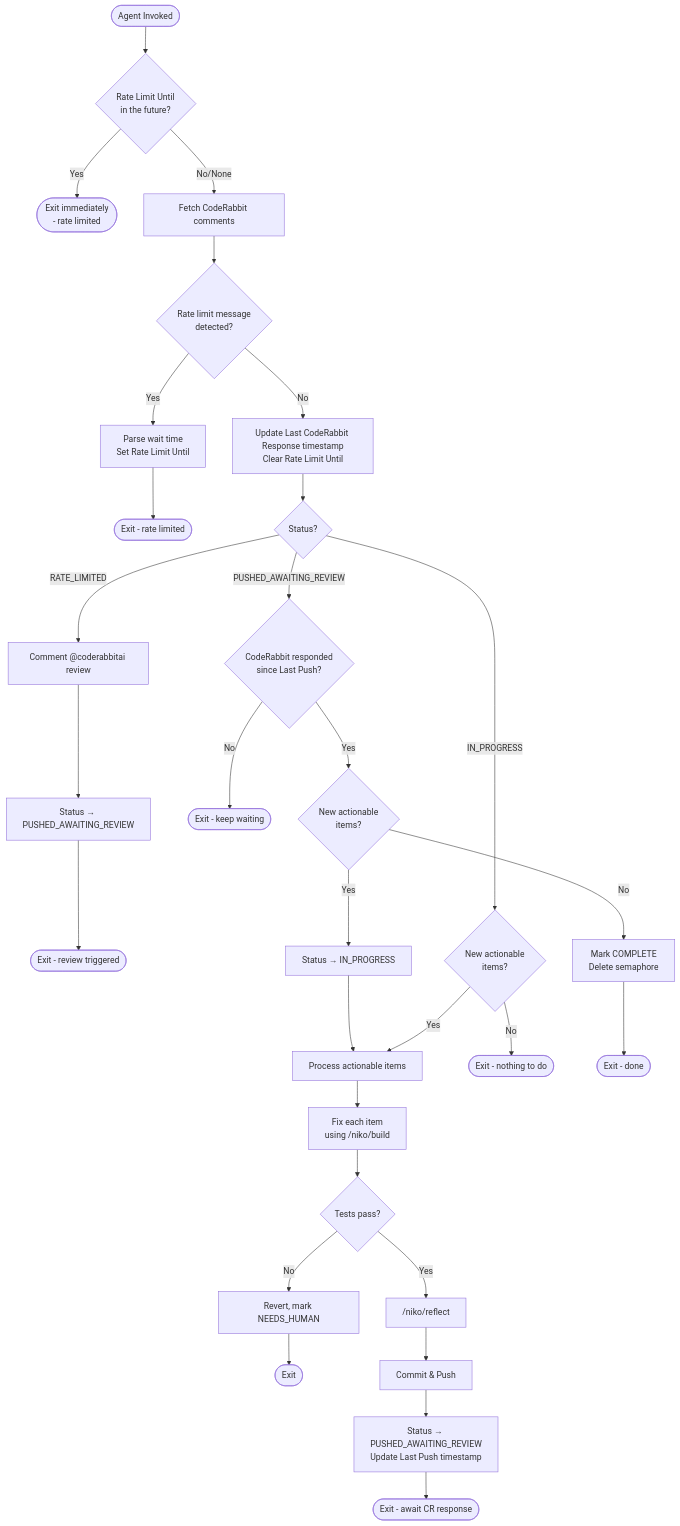
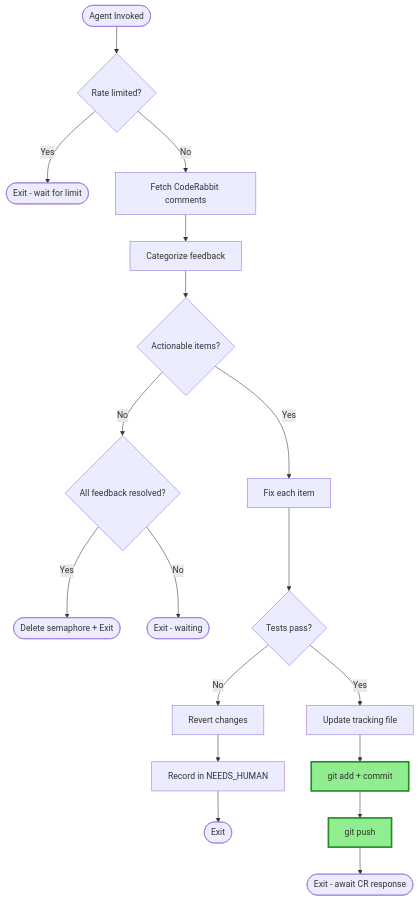
The diagram in .cursor/commands/wiggum-coderabbit-pr.md (Texarkanine/ai-rizz), drawn with Mermaid before and after one commit. The commit also changed other lines of this file, not shown here.

````diff
--- a/.cursor/commands/wiggum-coderabbit-pr.md
+++ b/.cursor/commands/wiggum-coderabbit-pr.md
@@ -29,41 +25,28 @@
 ```mermaid
 flowchart TD
-    Start([Agent Invoked]) --> CheckRL{Rate Limit Until<br/>in the future?}
-    CheckRL -->|Yes| ExitRL([Exit immediately<br/>- rate limited])
-    CheckRL -->|No/None| Fetch[Fetch CodeRabbit comments]
+    Start([Agent Invoked]) --> RateLimit{Rate limited?}
+    RateLimit -->|Yes| ExitRL([Exit - wait for limit])
+    RateLimit -->|No| Fetch[Fetch CodeRabbit comments]
     
-    Fetch --> CheckRLMsg{Rate limit message<br/>detected?}
-    CheckRLMsg -->|Yes| ParseRL[Parse wait time<br/>Set Rate Limit Until]
-    ParseRL --> ExitRLNew([Exit - rate limited])
+    Fetch --> Categorize[Categorize feedback]
+    Categorize --> HasWork{Actionable items?}
     
-    CheckRLMsg -->|No| UpdateCR[Update Last CodeRabbit Response timestamp<br/>Clear Rate Limit Until]
+    HasWork -->|No| CheckComplete{All feedback resolved?}
+    CheckComplete -->|Yes| Complete([Delete semaphore + Exit])
+    CheckComplete -->|No| ExitWait([Exit - waiting])
     
-    UpdateCR --> CheckStatus{Status?}
+    HasWork -->|Yes| Fix[Fix each item]
+    Fix --> Test{Tests pass?}
     
-    CheckStatus -->|RATE_LIMITED| TriggerReview[Comment @coderabbitai review]
-    TriggerReview --> SetAwaiting[Status → PUSHED_AWAITING_REVIEW]
-    SetAwaiting --> ExitTriggered([Exit - review triggered])
+    Test -->|No| Revert[Revert changes]
+    Revert --> RecordFail[Record in NEEDS_HUMAN]
+    RecordFail --> ExitFail([Exit])
     
-    CheckStatus -->|PUSHED_AWAITING_REVIEW| CheckCR{CodeRabbit responded<br/>since Last Push?}
-    CheckCR -->|No| ExitWait([Exit - keep waiting])
-    CheckCR -->|Yes| EvalNew{New actionable<br/>items?}
-    EvalNew -->|No| Complete[Mark COMPLETE<br/>Delete semaphore]
-    EvalNew -->|Yes| SetInProgress[Status → IN_PROGRESS]
-    SetInProgress --> Process
+    Test -->|Yes| Update[Update tracking file]
+    Update --> Commit[git add + commit]
+    Commit --> Push[git push]
+    Push --> ExitDone([Exit - await CR response])
     
-    CheckStatus -->|IN_PROGRESS| HasNew{New actionable<br/>items?}
-    HasNew -->|No| ExitIdle([Exit - nothing to do])
-    HasNew -->|Yes| Process
-    
-    Process[Process actionable items] --> Fix[Fix each item<br/>using /niko/build]
-    Fix --> Test{Tests pass?}
-    Test -->|No| Revert[Revert, mark NEEDS_HUMAN]
-    Revert --> ExitFail([Exit])
-    
-    Test -->|Yes| Reflect["/niko/reflect"]
-    Reflect --> Commit["Commit & Push"]
-    Commit --> SetPushed[Status → PUSHED_AWAITING_REVIEW<br/>Update Last Push timestamp]
-    SetPushed --> ExitPushed([Exit - await CR response])
-    
-    Complete --> ExitDone([Exit - done])
+    style Commit fill:#90EE90,stroke:#228B22,stroke-width:3px
+    style Push fill:#90EE90,stroke:#228B22,stroke-width:3px
 ```
````
